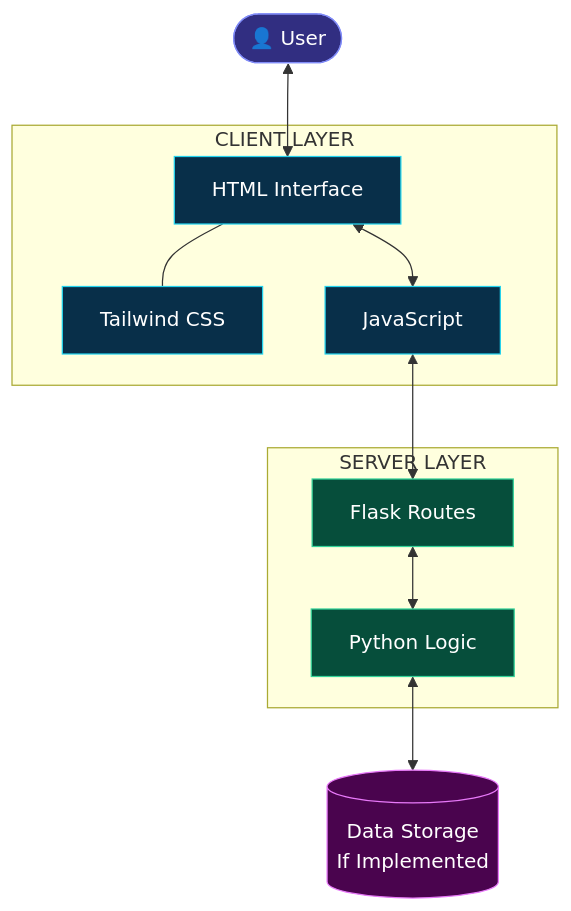
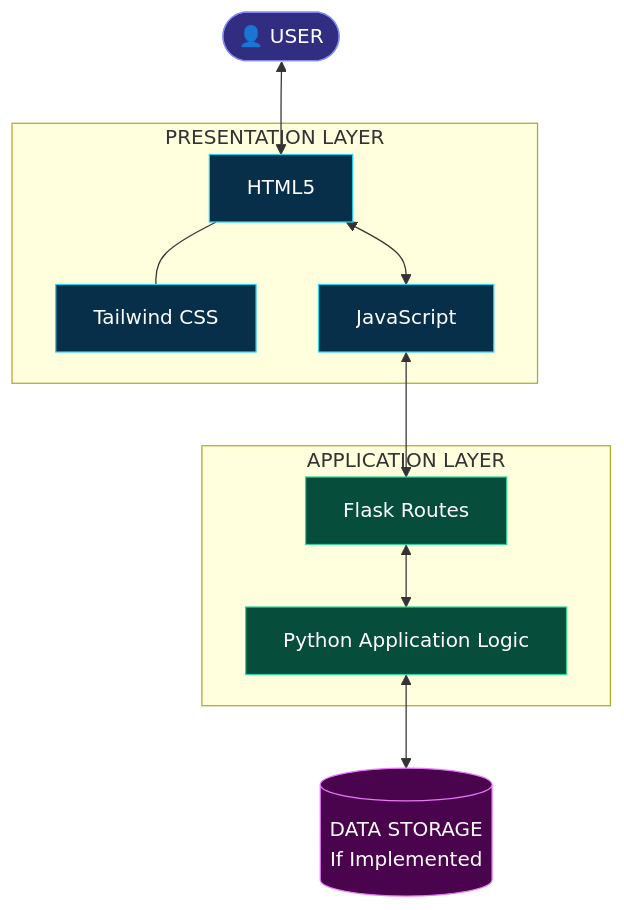
The first of 5 diagrams in README.md (maahii-in/first-pratice-2021), drawn with Mermaid before and after one commit. The commit also changed other lines of this file, not shown here.

````diff
--- a/README.md
+++ b/README.md
@@ -319,34 +445,34 @@
 ```mermaid
 flowchart TB
-    U(["👤 User"])
-    
-    subgraph CLIENT["CLIENT LAYER"]
-        UI["HTML Interface"]
+    USER(["👤 USER"])
+
+    subgraph FRONTEND["PRESENTATION LAYER"]
+        HTML["HTML5"]
         CSS["Tailwind CSS"]
         JS["JavaScript"]
     end
-    
-    subgraph SERVER["SERVER LAYER"]
-        ROUTES["Flask Routes"]
-        LOGIC["Python Logic"]
+
+    subgraph BACKEND["APPLICATION LAYER"]
+        FLASK["Flask Routes"]
+        PYTHON["Python Application Logic"]
     end
-    
-    DB[("Data Storage<br/>If Implemented")]
 
-    U <--> UI
-    UI --- CSS
-    UI <--> JS
-    JS <--> ROUTES
-    ROUTES <--> LOGIC
-    LOGIC <--> DB
+    STORE[("DATA STORAGE<br/>If Implemented")]
 
-    classDef user fill:#312E81,stroke:#818CF8,color:#FFFFFF
+    USER <--> HTML
+    HTML --- CSS
+    HTML <--> JS
+    JS <--> FLASK
+    FLASK <--> PYTHON
+    PYTHON <--> STORE
+
+    classDef person fill:#312E81,stroke:#818CF8,color:#FFFFFF
     classDef client fill:#082F49,stroke:#22D3EE,color:#FFFFFF
     classDef server fill:#064E3B,stroke:#34D399,color:#FFFFFF
     classDef data fill:#4A044E,stroke:#E879F9,color:#FFFFFF
 
-    class U user
-    class UI,CSS,JS client
-    class ROUTES,LOGIC server
-    class DB data
+    class USER person
+    class HTML,CSS,JS client
+    class FLASK,PYTHON server
+    class STORE data
 ```
````
